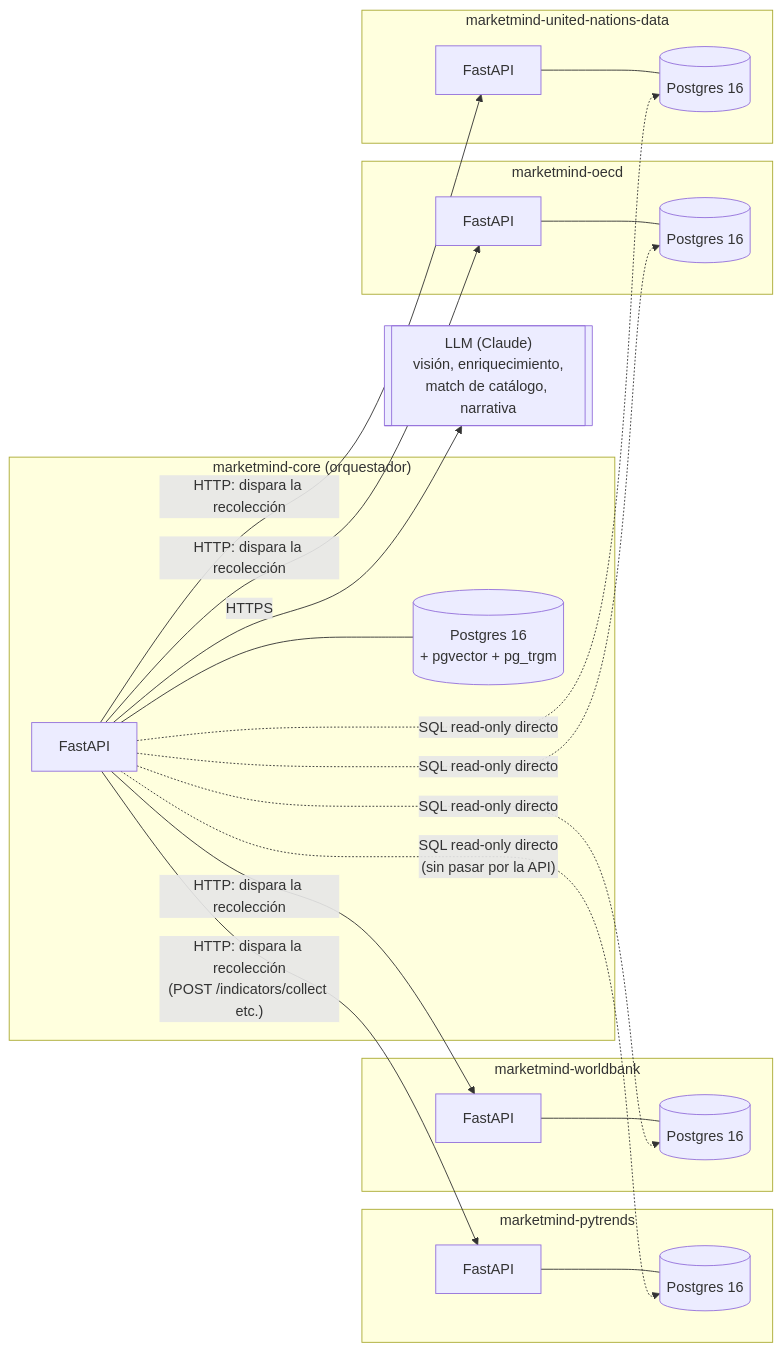
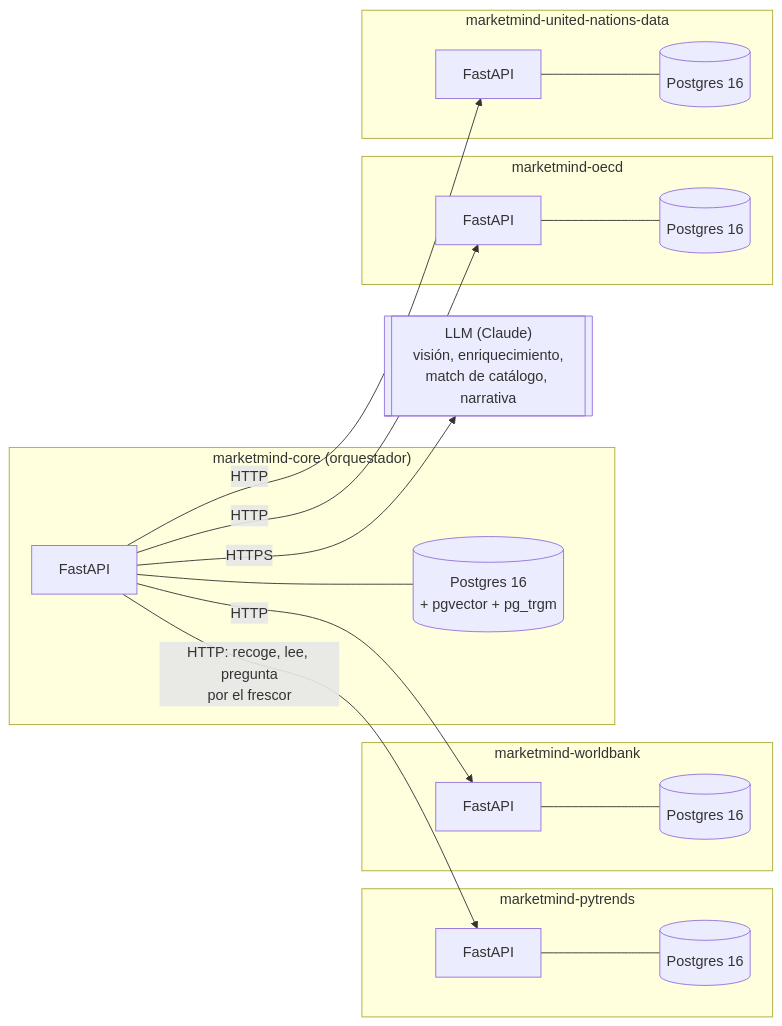
The diagram in docs/marketmind-arquitetura-tecnica-python.md (Market-Mind-AI/marketmind-scoring), drawn with Mermaid before and after one commit. The commit also changed other lines of this file and 23 other files, not shown here.

````diff
--- a/docs/marketmind-arquitetura-tecnica-python.md
+++ b/docs/marketmind-arquitetura-tecnica-python.md
@@ -11,42 +11,37 @@
 ```mermaid
 flowchart LR
     subgraph CORE["marketmind-core (orquestador)"]
         API["FastAPI"]
         PG_CORE[("Postgres 16<br/>+ pgvector + pg_trgm")]
         API --- PG_CORE
     end
 
     subgraph PT["marketmind-pytrends"]
         PT_API["FastAPI"]
         PT_PG[("Postgres 16")]
         PT_API --- PT_PG
     end
     subgraph WB["marketmind-worldbank"]
         WB_API["FastAPI"]
         WB_PG[("Postgres 16")]
         WB_API --- WB_PG
     end
     subgraph OE["marketmind-oecd"]
         OE_API["FastAPI"]
         OE_PG[("Postgres 16")]
         OE_API --- OE_PG
     end
     subgraph UN["marketmind-united-nations-data"]
         UN_API["FastAPI"]
         UN_PG[("Postgres 16")]
         UN_API --- UN_PG
     end
 
-    API -->|"HTTP: dispara la recolección<br/>(POST /indicators/collect etc.)"| PT_API
-    API -->|"HTTP: dispara la recolección"| WB_API
-    API -->|"HTTP: dispara la recolección"| OE_API
-    API -->|"HTTP: dispara la recolección"| UN_API
-
-    API -.->|"SQL read-only directo<br/>(sin pasar por la API)"| PT_PG
-    API -.->|"SQL read-only directo"| WB_PG
-    API -.->|"SQL read-only directo"| OE_PG
-    API -.->|"SQL read-only directo"| UN_PG
+    API -->|"HTTP: recoge, lee, pregunta<br/>por el frescor"| PT_API
+    API -->|HTTP| WB_API
+    API -->|HTTP| OE_API
+    API -->|HTTP| UN_API
 
     LLM[["LLM (Claude)<br/>visión, enriquecimiento,<br/>match de catálogo, narrativa"]]
     API -->|"HTTPS"| LLM
 ```
````
